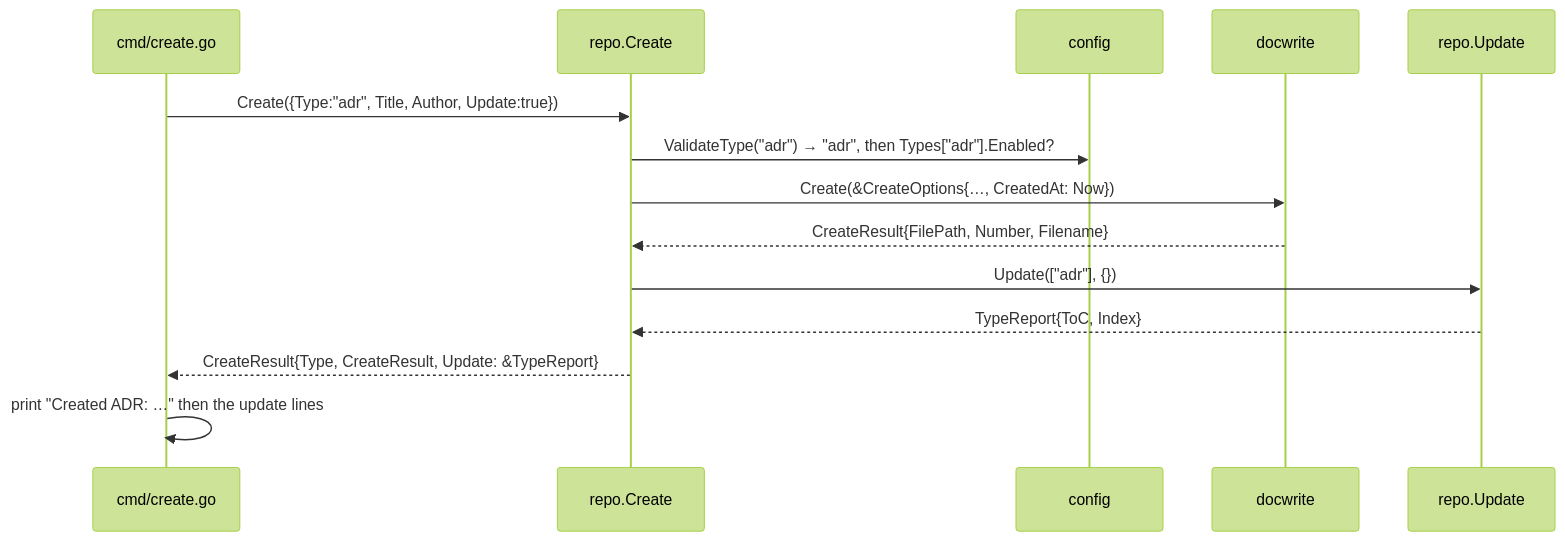
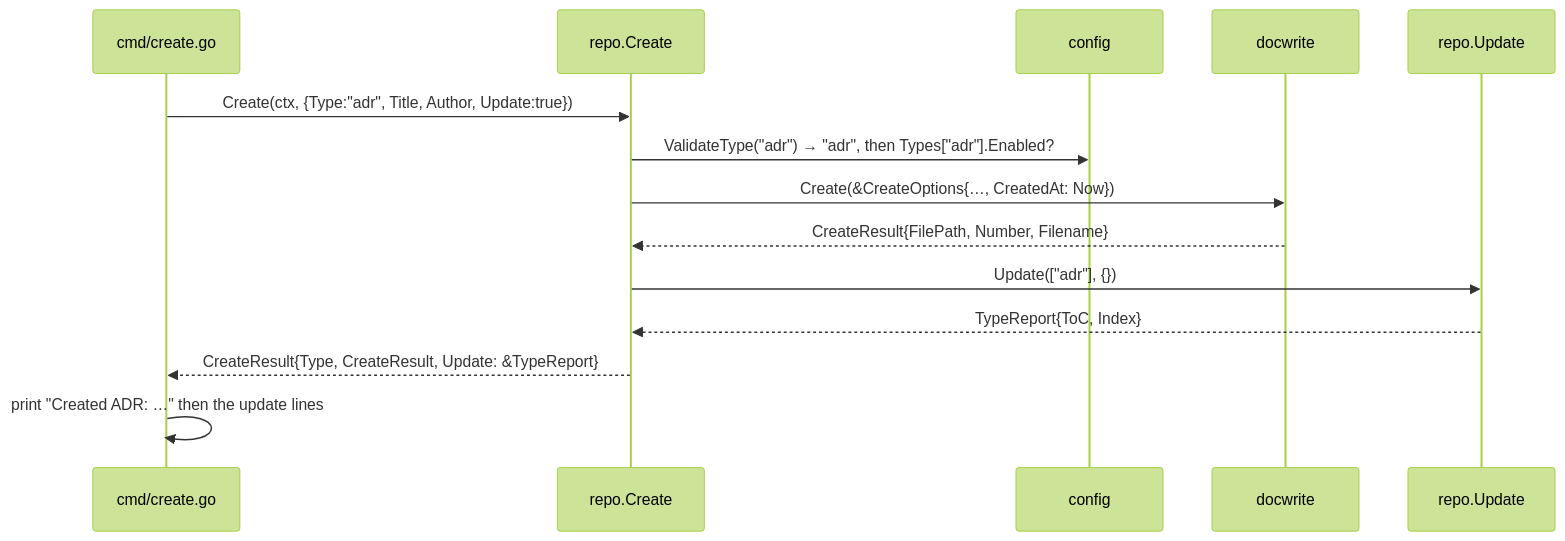
Before and after one commit to donaldgifford/docz: the second of 15 diagrams in docs/design/0014-the-docz-api-as-one-unit-packages-types-functions-and-the-cmd.md, drawn with Mermaid (forest theme). The commit also changed other lines of this file and 3 other files, not shown here.

````diff
--- a/docs/design/0014-the-docz-api-as-one-unit-packages-types-functions-and-the-cmd.md
+++ b/docs/design/0014-the-docz-api-as-one-unit-packages-types-functions-and-the-cmd.md
@@ -512,16 +559,16 @@
 ```mermaid
 sequenceDiagram
   participant cmd as cmd/create.go
   participant R as repo.Create
   participant C as config
   participant W as docwrite
   participant U as repo.Update
-  cmd->>R: Create({Type:"adr", Title, Author, Update:true})
+  cmd->>R: Create(ctx, {Type:"adr", Title, Author, Update:true})
   R->>C: ValidateType("adr") → "adr", then Types["adr"].Enabled?
   R->>W: Create(&CreateOptions{…, CreatedAt: Now})
   W-->>R: CreateResult{FilePath, Number, Filename}
   R->>U: Update(["adr"], {})
   U-->>R: TypeReport{ToC, Index}
   R-->>cmd: CreateResult{Type, CreateResult, Update: &TypeReport}
   cmd->>cmd: print "Created ADR: …" then the update lines
 ```
````
